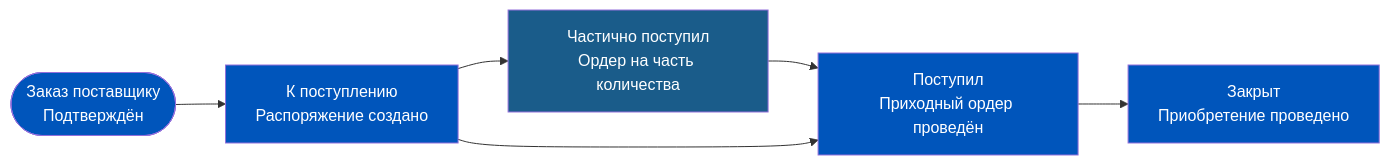
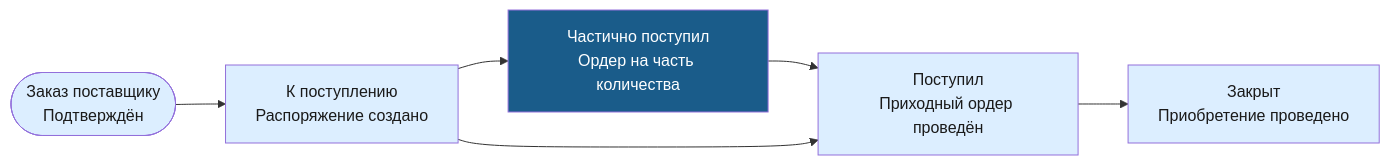
Before and after one commit to murad1986/1c-erp-quartz: the sixth of 8 diagrams in content/1c-erp/week_4/Неделя 4 - День 1 - Ордерная схема склада.md, drawn with Mermaid. The commit also changed other lines of this file and 57 other files, not shown here.

First line of the commit message:
fix: Mermaid — пастельные цвета в источниках диаграмм (56 файлов)

````diff
--- a/content/1c-erp/week_4/Неделя 4 - День 1 - Ордерная схема склада.md
+++ b/content/1c-erp/week_4/Неделя 4 - День 1 - Ордерная схема склада.md
@@ -314,17 +314,17 @@
 ```mermaid
 flowchart LR
     SA(["Заказ поставщику<br/>Подтверждён"])
     SB["К поступлению<br/>Распоряжение создано"]
     SC["Частично поступил<br/>Ордер на часть количества"]
     SD["Поступил<br/>Приходный ордер проведён"]
     SE["Закрыт<br/>Приобретение проведено"]
 
     SA --> SB --> SC --> SD --> SE
     SB --> SD
 
-    style SA fill:#0055BB,color:#fff
-    style SB fill:#0055BB,color:#fff
+    style SA fill:#dceeff,color:#1a1a1a
+    style SB fill:#dceeff,color:#1a1a1a
     style SC fill:#1a5c8a,color:#fff
-    style SD fill:#0055BB,color:#fff
-    style SE fill:#0055BB,color:#fff
+    style SD fill:#dceeff,color:#1a1a1a
+    style SE fill:#dceeff,color:#1a1a1a
 ```
````
